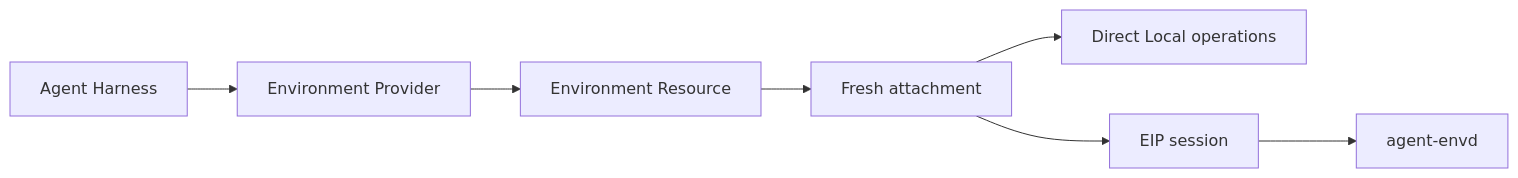
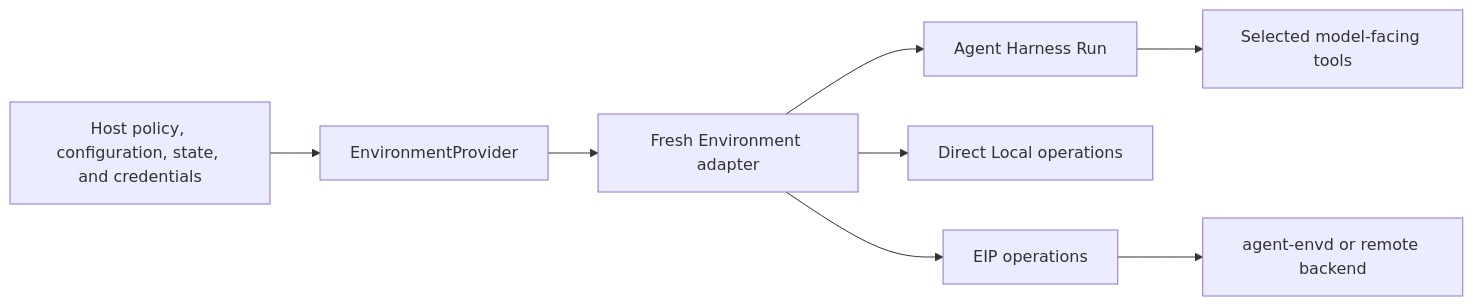
The diagram in docs/environments/index.md (LTThreeComma/agent-foundation), drawn with Mermaid before and after one commit. The commit also changed other lines of this file and 188 other files, not shown here.

First line of the commit message:
feat(harness): rework environment and host ownership (#82)

````diff
--- a/docs/environments/index.md
+++ b/docs/environments/index.md
@@ -21,9 +21,10 @@
 ```mermaid
 flowchart LR
-    Harness[Agent Harness] --> Provider[Environment Provider]
-    Provider --> Resource[Environment Resource]
-    Resource --> Attachment[Fresh attachment]
-    Attachment --> Direct[Direct Local operations]
-    Attachment --> EIP[EIP session]
-    EIP --> Envd[agent-envd]
+    Host[Host policy, configuration, state, and credentials] --> Provider[EnvironmentProvider]
+    Provider --> Environment[Fresh Environment adapter]
+    Environment --> Harness[Agent Harness Run]
+    Harness --> Tools[Selected model-facing tools]
+    Environment --> Direct[Direct Local operations]
+    Environment --> EIP[EIP operations]
+    EIP --> Envd[agent-envd or remote backend]
 ```
````
